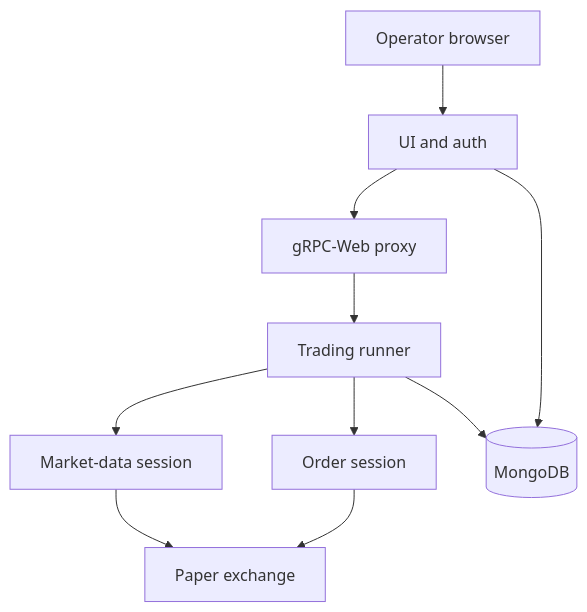
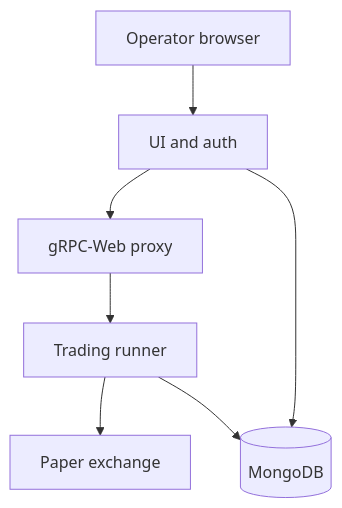
Before and after one commit to Kolzodev712/trading-system-showcase: the diagram in README.md, drawn with Mermaid. The commit also changed other lines of this file and 34 other files, not shown here.

````diff
--- a/README.md
+++ b/README.md
@@ -38,21 +63,16 @@
 ```mermaid
 flowchart TB
   operator[Operator browser]
   ui[UI and auth]
   proxy[gRPC-Web proxy]
   runner[Trading runner]
-  md[Market-data session]
-  ex[Order session]
   paper[Paper exchange]
   mongo[(MongoDB)]
 
   operator --> ui
   ui --> proxy
   proxy --> runner
-  runner --> md
-  runner --> ex
-  md --> paper
-  ex --> paper
+  runner --> paper
   runner --> mongo
   ui --> mongo
 ```
````
